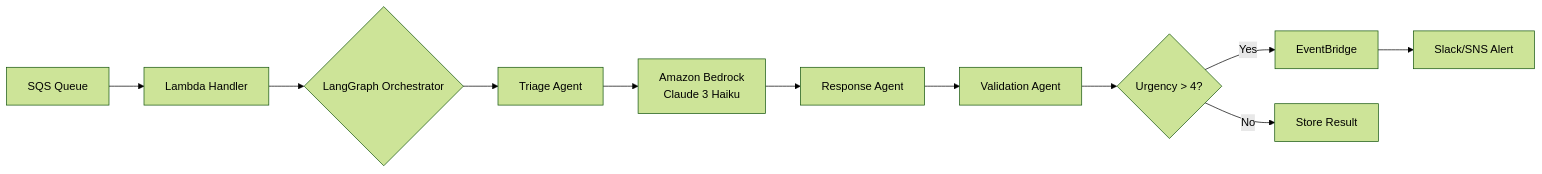
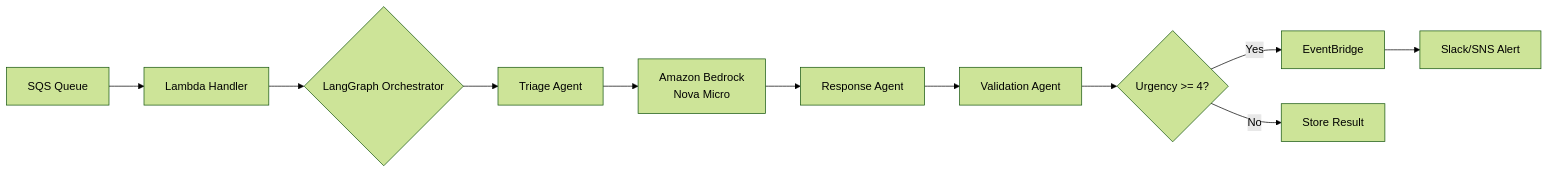
One commit to dieglos18/orion-support-ai changed the diagram in README.md. Above: the diagram before and after it, drawn with Mermaid (forest theme). The commit also changed other lines of this file and 3 other files, not shown here.

First line of the commit message:
docs: Nova Micro alignment, costs, and example Lambda payloads

````diff
--- a/README.md
+++ b/README.md
@@ -13,13 +13,13 @@
 ```mermaid
 graph LR
     A[SQS Queue] --> B[Lambda Handler]
     B --> C{LangGraph Orchestrator}
     C --> D[Triage Agent]
-    D --> E[Amazon Bedrock<br/>Claude 3 Haiku]
+    D --> E[Amazon Bedrock<br/>Nova Micro]
     E --> F[Response Agent]
     F --> G[Validation Agent]
-    G --> H{Urgency > 4?}
+    G --> H{Urgency >= 4?}
     H -->|Yes| I[EventBridge]
     H -->|No| J[Store Result]
     I --> K[Slack/SNS Alert]
 ```
````
